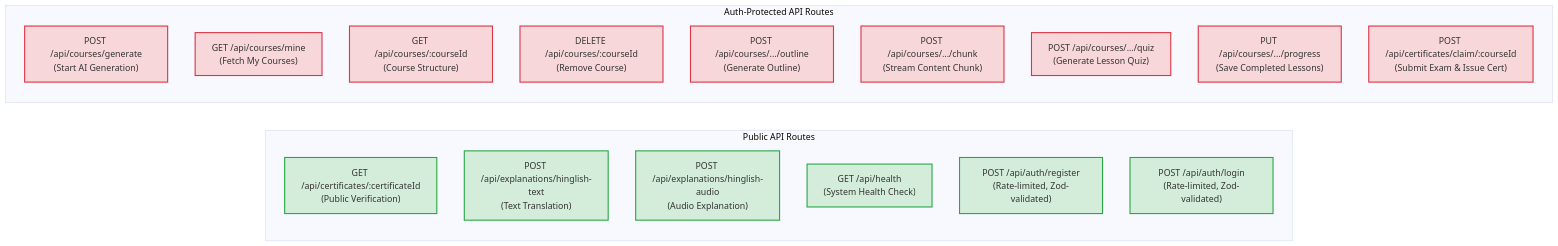
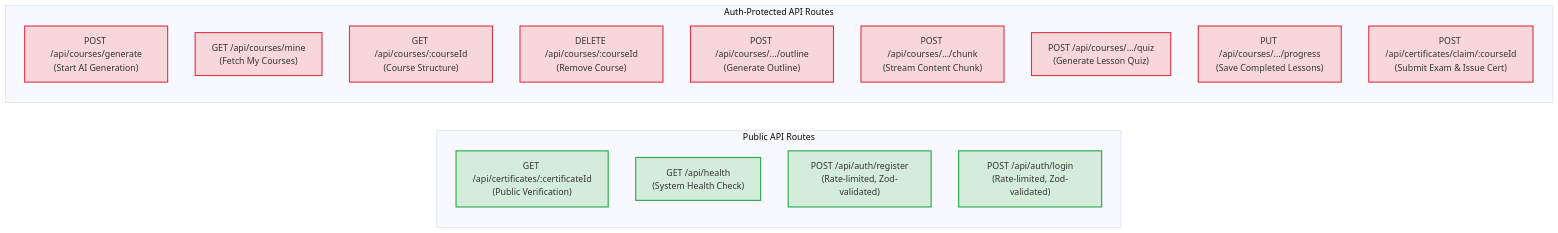
Before and after one commit to rahulpaul-07/smart-course-generator: the diagram in docs/api/api-diagram.md, drawn with Mermaid (base theme). The commit also changed other lines of this file and 7 other files, not shown here.

````diff
--- a/docs/api/api-diagram.md
+++ b/docs/api/api-diagram.md
@@ -7,31 +7,29 @@
 ```mermaid
 graph LR
     subgraph PublicEndpoints [Public API Routes]
         CertGet["GET /api/certificates/:certificateId<br/>(Public Verification)"]
-        HinglishText["POST /api/explanations/hinglish-text<br/>(Text Translation)"]
-        HinglishAudio["POST /api/explanations/hinglish-audio<br/>(Audio Explanation)"]
         Health["GET /api/health<br/>(System Health Check)"]
         AuthReg["POST /api/auth/register<br/>(Rate-limited, Zod-validated)"]
         AuthLogin["POST /api/auth/login<br/>(Rate-limited, Zod-validated)"]
     end
 
     subgraph ProtectedEndpoints [Auth-Protected API Routes]
         CourseCreate["POST /api/courses/generate<br/>(Start AI Generation)"]
         CourseMine["GET /api/courses/mine<br/>(Fetch My Courses)"]
         CourseGet["GET /api/courses/:courseId<br/>(Course Structure)"]
         CourseDelete["DELETE /api/courses/:courseId<br/>(Remove Course)"]
         
         LessonOutline["POST /api/courses/.../outline<br/>(Generate Outline)"]
         LessonChunk["POST /api/courses/.../chunk<br/>(Stream Content Chunk)"]
         LessonQuiz["POST /api/courses/.../quiz<br/>(Generate Lesson Quiz)"]
         LessonProgress["PUT /api/courses/.../progress<br/>(Save Completed Lessons)"]
         
         CertClaim["POST /api/certificates/claim/:courseId<br/>(Submit Exam & Issue Cert)"]
     end
 
     classDef public fill:#d4edda,stroke:#28a745,stroke-width:2px;
     classDef protected fill:#f8d7da,stroke:#dc3545,stroke-width:2px;
     
-    class CertGet,HinglishText,HinglishAudio,Health,AuthReg,AuthLogin public;
+    class CertGet,Health,AuthReg,AuthLogin public;
     class CourseCreate,CourseMine,CourseGet,CourseDelete,LessonOutline,LessonChunk,LessonQuiz,LessonProgress,CertClaim protected;
 ```
````
